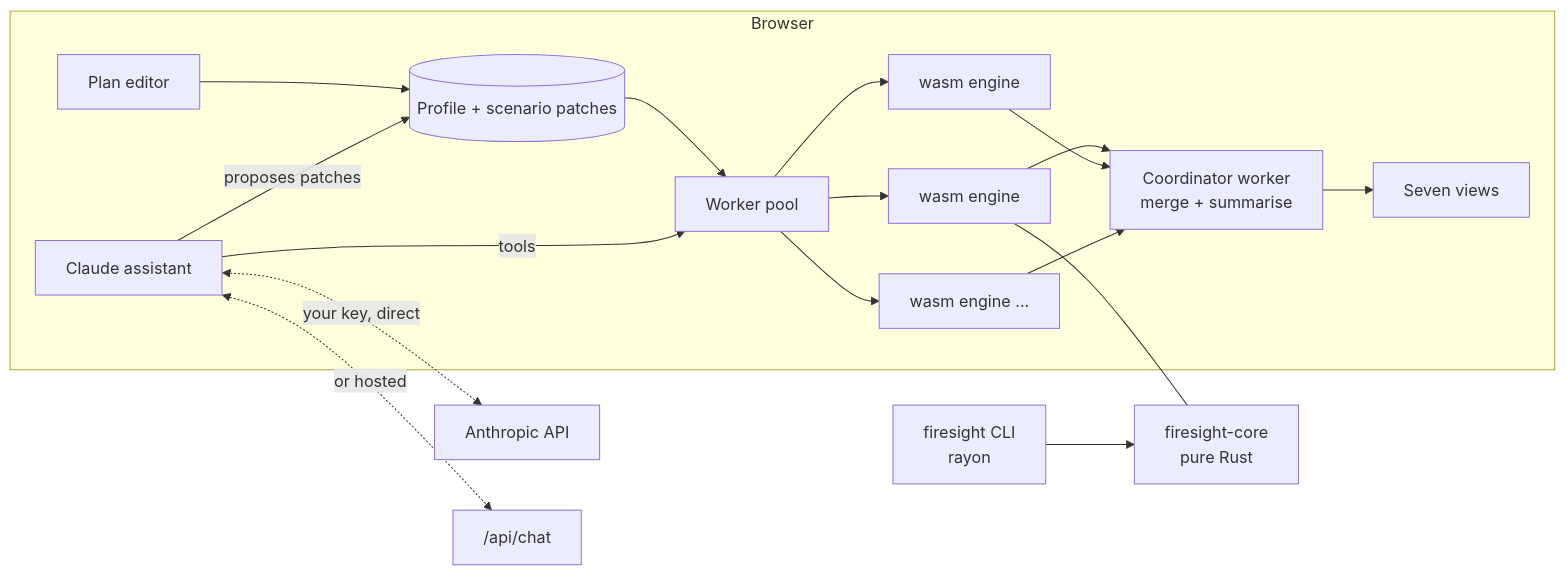
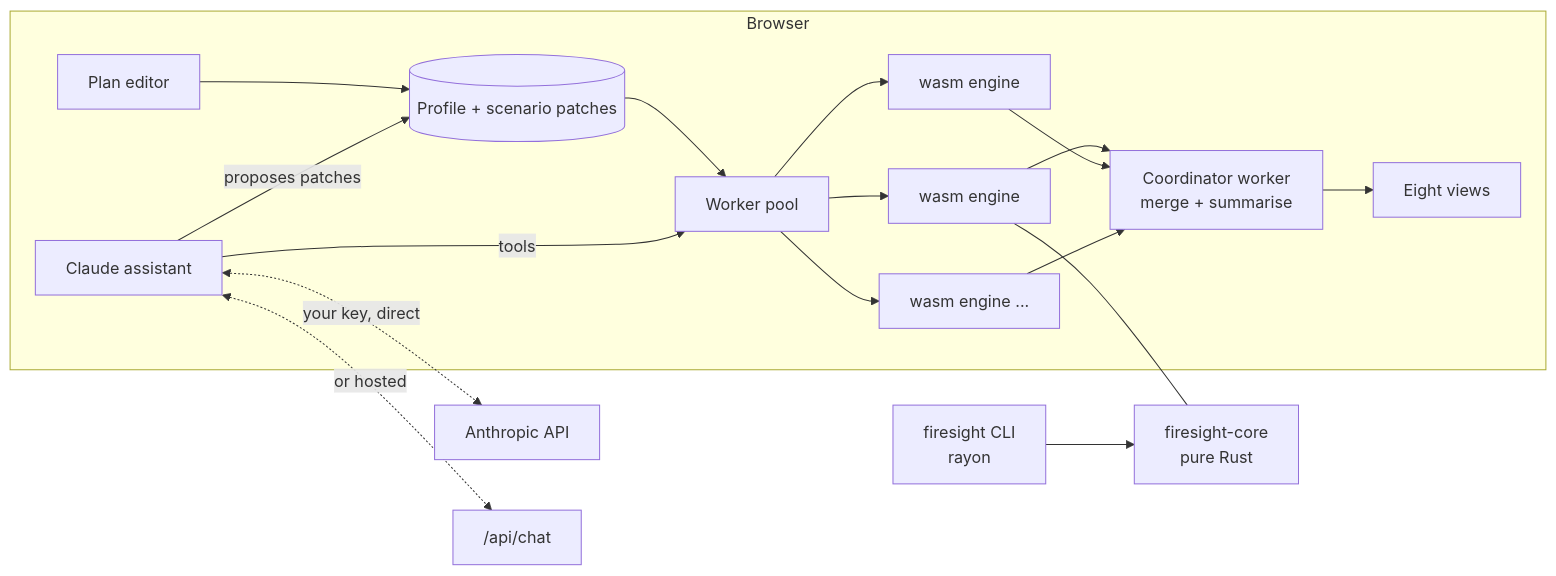
Before and after one commit to joey12725/firesight-v2: the diagram in README.md, drawn with Mermaid. The commit also changed other lines of this file and 145 other files, not shown here.

````diff
--- a/README.md
+++ b/README.md
@@ -220,16 +225,16 @@
 ```mermaid
 flowchart LR
   subgraph Browser
     editor[Plan editor] --> store[(Profile + scenario patches)]
     store --> pool[Worker pool]
     pool --> w1[wasm engine] & w2[wasm engine] & w3[wasm engine ...]
     w1 & w2 & w3 --> coord[Coordinator worker<br/>merge + summarise]
-    coord --> views[Seven views]
+    coord --> views[Eight views]
     assistant[Claude assistant] -- tools --> pool
     assistant -- proposes patches --> store
   end
   assistant <-. "your key, direct" .-> anthropic[Anthropic API]
   assistant <-. "or hosted" .-> proxy["/api/chat"]
   cli[firesight CLI<br/>rayon] --> core
   w1 --- core[firesight-core<br/>pure Rust]
 ```
````
